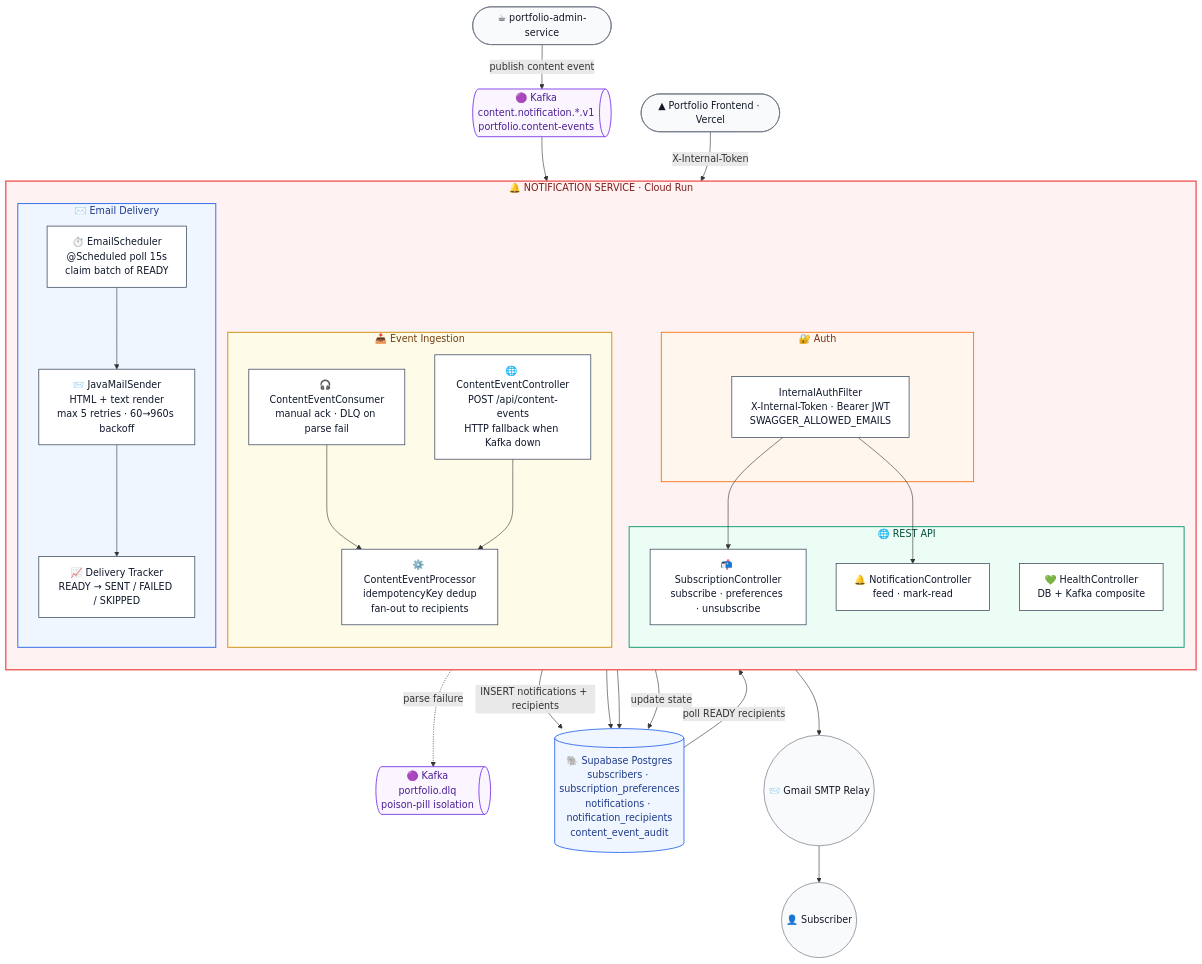
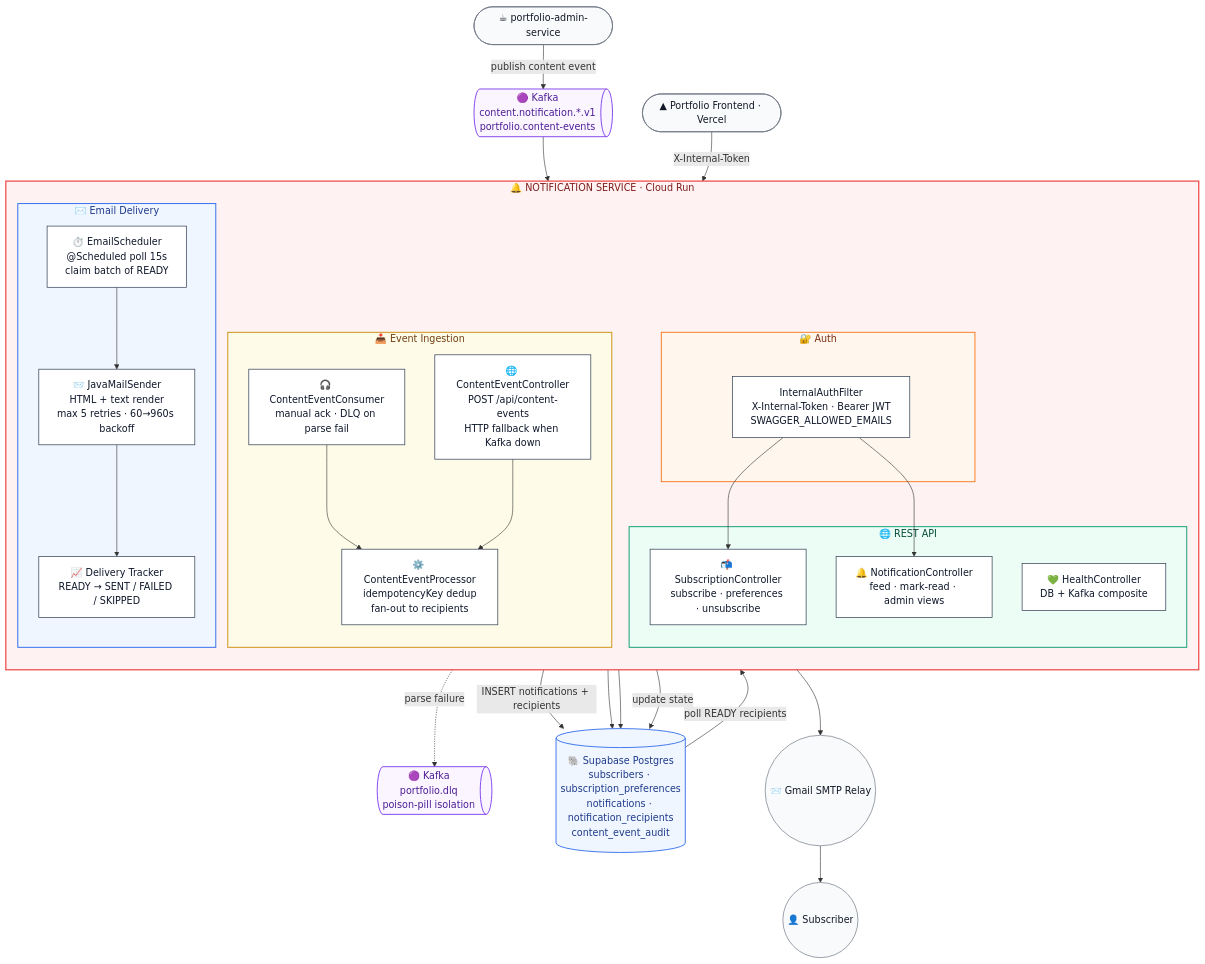
One commit to YuqiGuo105/portfolio-notification-service changed the diagram in README.md. Above: the diagram before and after it, drawn with Mermaid. The commit also changed other lines of this file and 10 other files, not shown here.

```diff
--- a/README.md
+++ b/README.md
@@ -35,7 +35,7 @@
 
         subgraph REST["🌐 REST API"]
             SUB_CTRL["📬 SubscriptionController\nsubscribe · preferences · unsubscribe"]
-            NOTIF_CTRL["🔔 NotificationController\nfeed · mark-read"]
+            NOTIF_CTRL["🔔 NotificationController\nfeed · mark-read · admin views"]
             HEALTH["💚 HealthController\nDB + Kafka composite"]
         end
 
```
